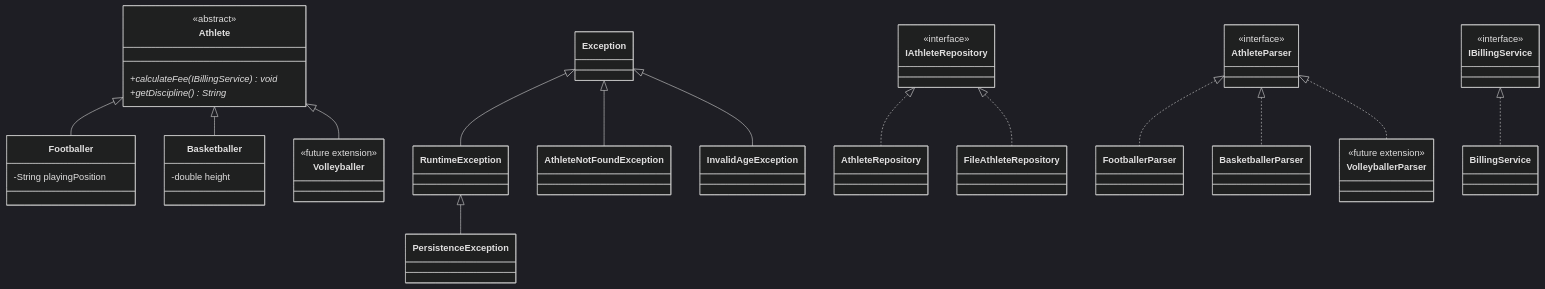
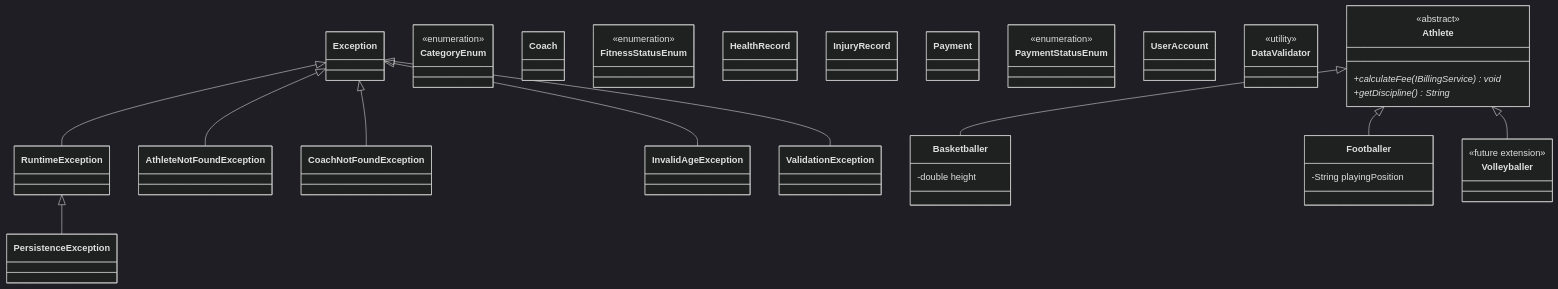
One commit to miltonmaldonado333/AuraTech changed the first of 4 diagrams in docs/hierarchy-diagram.md. Above: the diagram before and after it, drawn with Mermaid (dark theme). The commit also changed other lines of this file, not shown here.

Commit message:
docs: actualizando el diagrama de jerarquia

````diff
--- a/docs/hierarchy-diagram.md
+++ b/docs/hierarchy-diagram.md
@@ -3,56 +11,52 @@
 ```mermaid
 classDiagram
+    direction TB
+    class AthleteNotFoundException
+    class CoachNotFoundException
+    class InvalidAgeException
+    class PersistenceException
+    class ValidationException
     class Athlete {
         <<abstract>>
         +calculateFee(IBillingService)* void
         +getDiscipline()* String
     }
+    class Basketballer {
+        -double height
+    }
+    class CategoryEnum {
+        <<enumeration>>
+    }
+    class Coach
+    class FitnessStatusEnum {
+        <<enumeration>>
+    }
     class Footballer {
         -String playingPosition
     }
-    class Basketballer {
-        -double height
+    class HealthRecord
+    class InjuryRecord
+    class Payment
+    class PaymentStatusEnum {
+        <<enumeration>>
     }
+    class UserAccount
+    class DataValidator {
+        <<utility>>
+    }
+    class Exception
+    class RuntimeException
+
+    Exception <|-- RuntimeException
+    Exception <|-- AthleteNotFoundException
+    Exception <|-- CoachNotFoundException
+    Exception <|-- InvalidAgeException
+    RuntimeException <|-- PersistenceException
+    Exception <|-- ValidationException
+    Athlete <|-- Basketballer
+    Athlete <|-- Footballer
     class Volleyballer {
         <<future extension>>
     }
-    Athlete <|-- Footballer
-    Athlete <|-- Basketballer
     Athlete <|-- Volleyballer
-
-    class Exception
-    class RuntimeException
-    class AthleteNotFoundException
-    class InvalidAgeException
-    class PersistenceException
-    Exception <|-- AthleteNotFoundException
-    Exception <|-- InvalidAgeException
-    Exception <|-- RuntimeException
-    RuntimeException <|-- PersistenceException
-
-    class IAthleteRepository {
-        <<interface>>
-    }
-    class AthleteRepository
-    class FileAthleteRepository
-    IAthleteRepository <|.. AthleteRepository
-    IAthleteRepository <|.. FileAthleteRepository
-
-    class AthleteParser {
-        <<interface>>
-    }
-    class FootballerParser
-    class BasketballerParser
-    class VolleyballerParser {
-        <<future extension>>
-    }
-    AthleteParser <|.. FootballerParser
-    AthleteParser <|.. BasketballerParser
-    AthleteParser <|.. VolleyballerParser
-
-    class IBillingService {
-        <<interface>>
-    }
-    class BillingService
-    IBillingService <|.. BillingService
 ```
````
